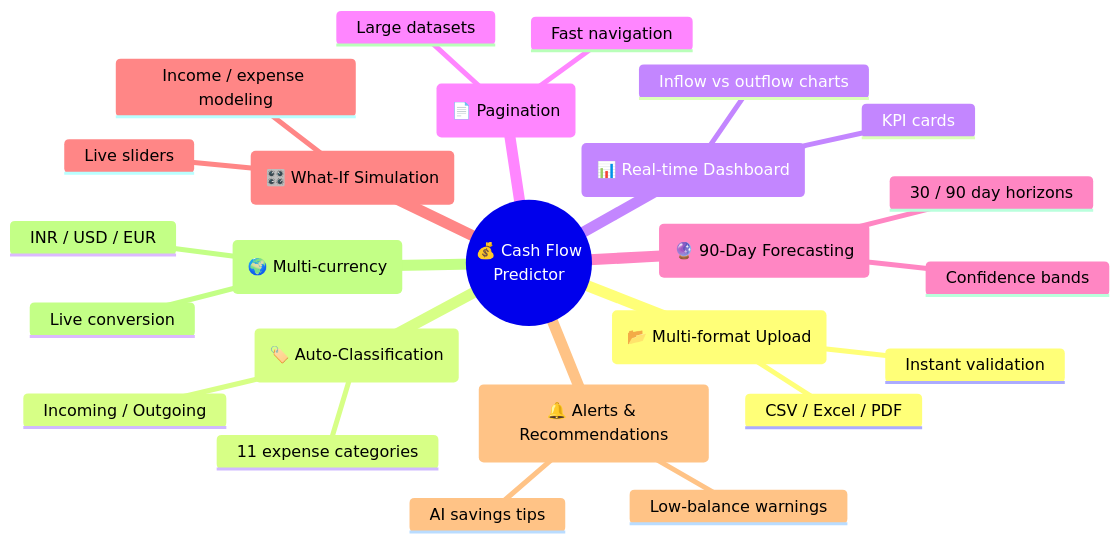
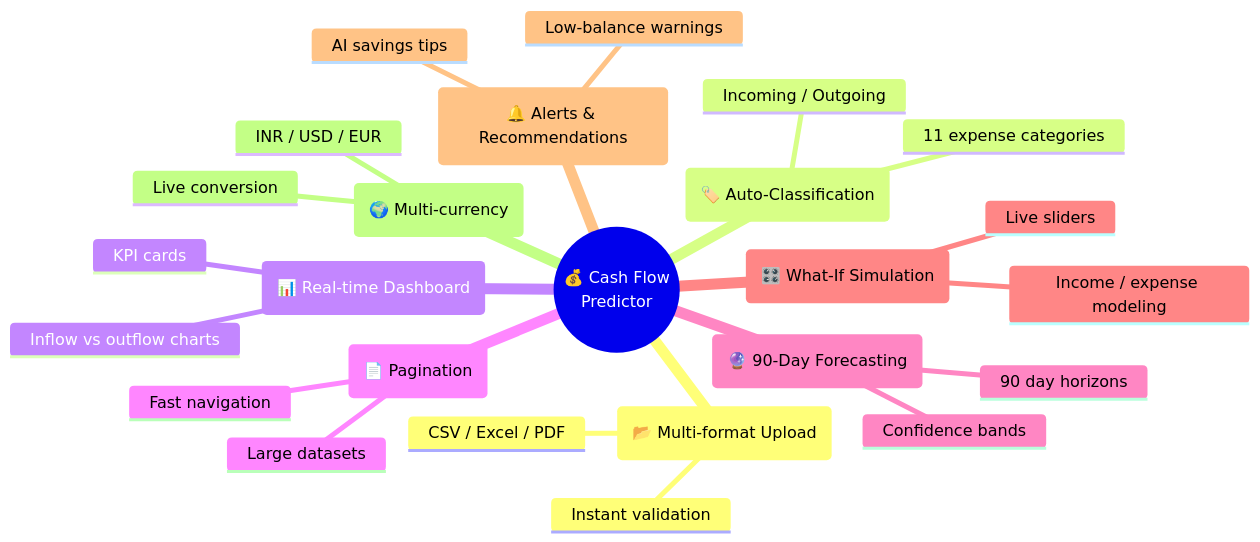
One commit to ShraddhaD-07/project changed the second of 5 diagrams in README_f.MD. Above: the diagram before and after it, drawn with Mermaid.

````diff
--- a/README_f.MD
+++ b/README_f.MD
@@ -153,28 +153,28 @@
 ```mermaid
 mindmap
   root(("💰 Cash Flow<br/>Predictor"))
     ("📂 Multi-format Upload")
       CSV / Excel / PDF
       Instant validation
     ("🏷️ Auto-Classification")
       Incoming / Outgoing
       11 expense categories
     ("📊 Real-time Dashboard")
       KPI cards
       Inflow vs outflow charts
     ("📄 Pagination")
       Large datasets
       Fast navigation
     ("🔮 90-Day Forecasting")
       Confidence bands
-      30 / 90 day horizons
+      90 day horizons
     ("🎛️ What-If Simulation")
       Live sliders
       Income / expense modeling
     ("🔔 Alerts & Recommendations")
       Low-balance warnings
       AI savings tips
     ("🌍 Multi-currency")
       INR / USD / EUR
       Live conversion
 ```
````
